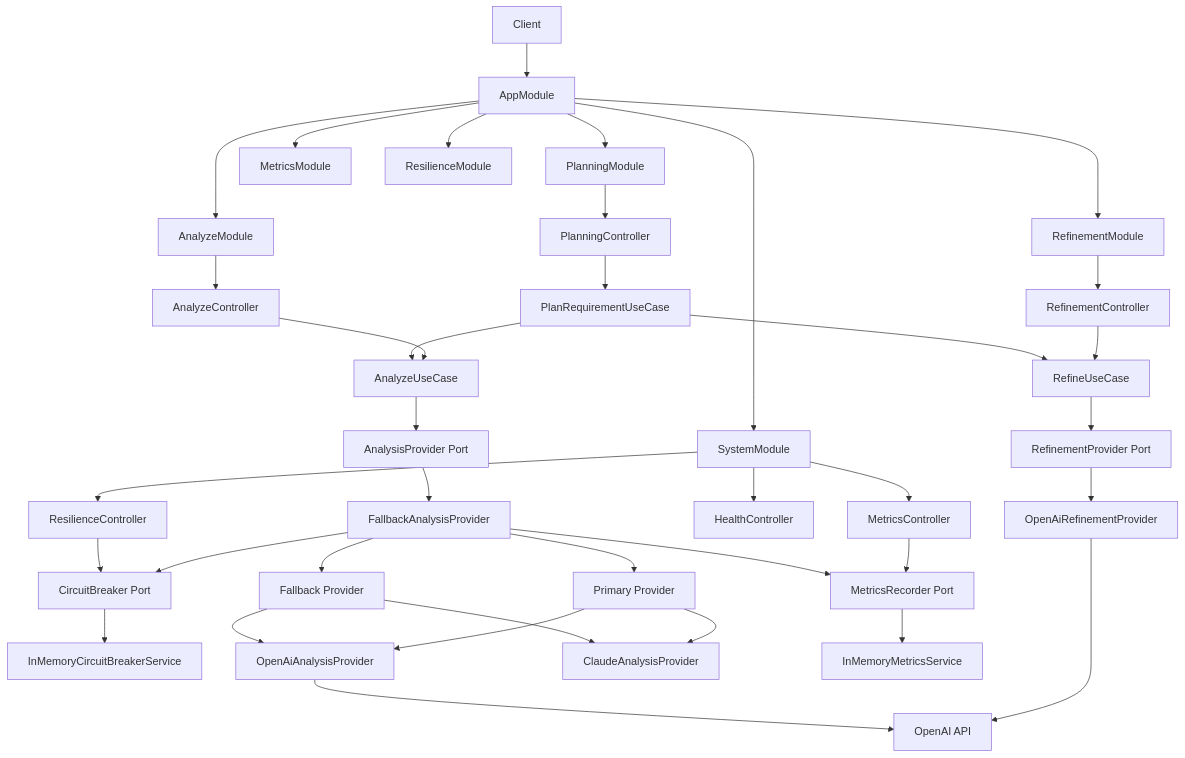
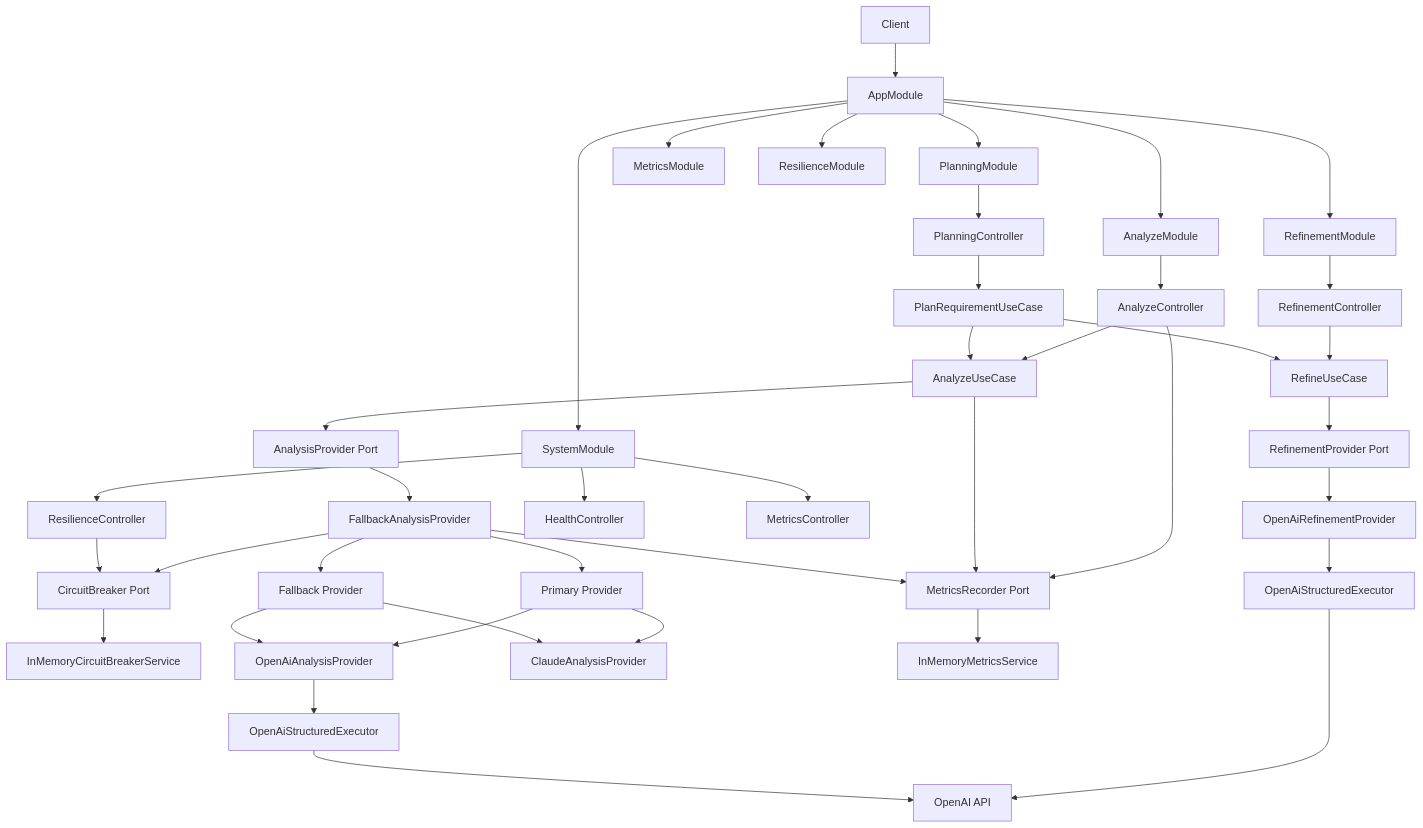
The diagram in docs/diagrams/architecture-overview.md (gustavoarielms/ai-orchestrator), drawn with Mermaid before and after one commit. The commit also changed 11 other files, not shown here.

````diff
--- a/docs/diagrams/architecture-overview.md
+++ b/docs/diagrams/architecture-overview.md
@@ -3,52 +3,54 @@
 ```mermaid
 flowchart TD
     Client[Client] --> App[AppModule]
 
     App --> AnalyzeModule[AnalyzeModule]
     App --> RefinementModule[RefinementModule]
     App --> PlanningModule[PlanningModule]
     App --> SystemModule[SystemModule]
     App --> MetricsModule[MetricsModule]
     App --> ResilienceModule[ResilienceModule]
 
     AnalyzeModule --> AnalyzeController[AnalyzeController]
     AnalyzeController --> AnalyzeUseCase[AnalyzeUseCase]
     AnalyzeUseCase --> AnalysisProvider[AnalysisProvider Port]
+    AnalyzeController --> MetricsRecorder[MetricsRecorder Port]
+    AnalyzeUseCase --> MetricsRecorder
 
     RefinementModule --> RefinementController[RefinementController]
     RefinementController --> RefineUseCase[RefineUseCase]
     RefineUseCase --> RefinementProvider[RefinementProvider Port]
     RefinementProvider --> OpenAiRefinementProvider[OpenAiRefinementProvider]
-    OpenAiRefinementProvider --> OpenAI
+    OpenAiRefinementProvider --> RefinementExecutor[OpenAiStructuredExecutor]
+    RefinementExecutor --> OpenAI[OpenAI API]
 
     PlanningModule --> PlanningController[PlanningController]
     PlanningController --> PlanUseCase[PlanRequirementUseCase]
     PlanUseCase --> RefineUseCase
     PlanUseCase --> AnalyzeUseCase
 
     AnalysisProvider --> FallbackProvider[FallbackAnalysisProvider]
 
     FallbackProvider --> CircuitBreaker[CircuitBreaker Port]
     CircuitBreaker --> InMemoryCircuitBreaker[InMemoryCircuitBreakerService]
 
     FallbackProvider --> PrimaryProvider[Primary Provider]
     FallbackProvider --> SecondaryProvider[Fallback Provider]
 
     PrimaryProvider --> OpenAIProvider[OpenAiAnalysisProvider]
     PrimaryProvider --> ClaudeProvider[ClaudeAnalysisProvider]
 
     SecondaryProvider --> OpenAIProvider
     SecondaryProvider --> ClaudeProvider
 
-    OpenAIProvider --> OpenAI[OpenAI API]
+    OpenAIProvider --> AnalyzeExecutor[OpenAiStructuredExecutor]
+    AnalyzeExecutor --> OpenAI
 
     SystemModule --> HealthController[HealthController]
     SystemModule --> MetricsController[MetricsController]
     SystemModule --> ResilienceController[ResilienceController]
 
-    MetricsController --> MetricsRecorder[MetricsRecorder Port]
     MetricsRecorder --> InMemoryMetrics[InMemoryMetricsService]
-
     ResilienceController --> CircuitBreaker
     FallbackProvider --> MetricsRecorder
 ```
````
